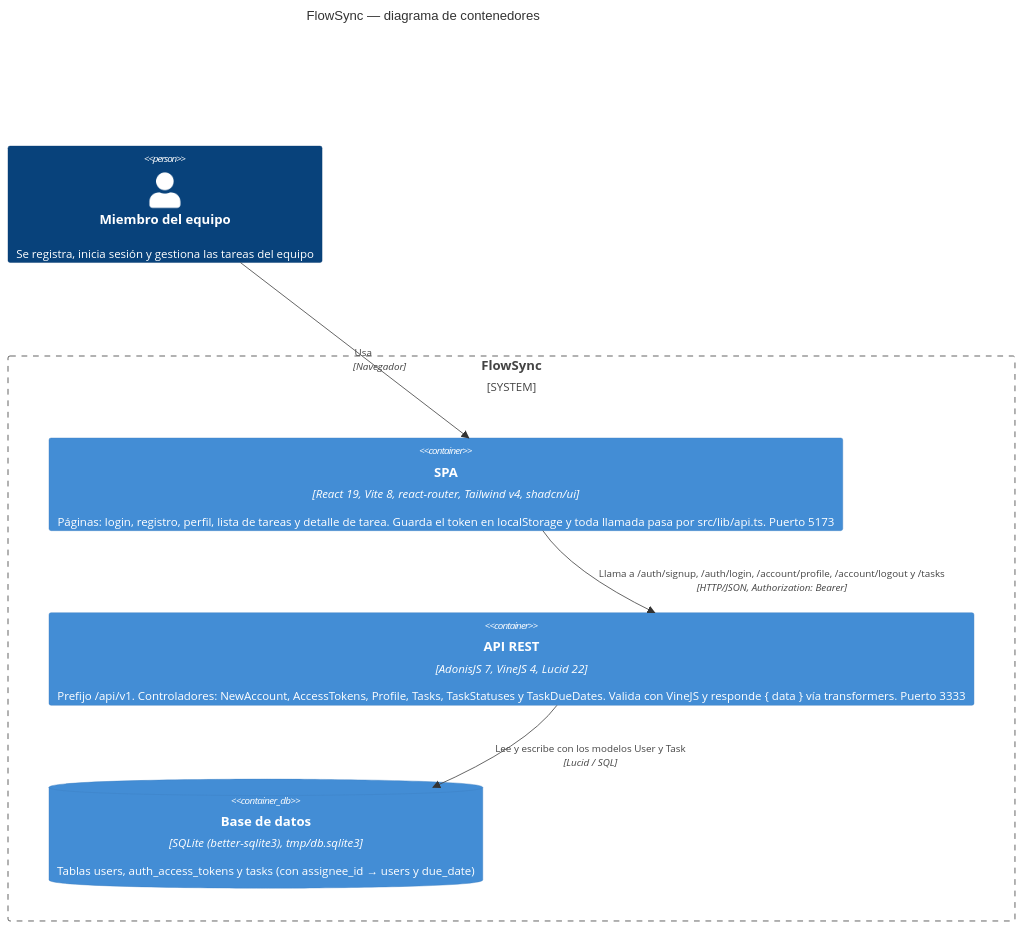
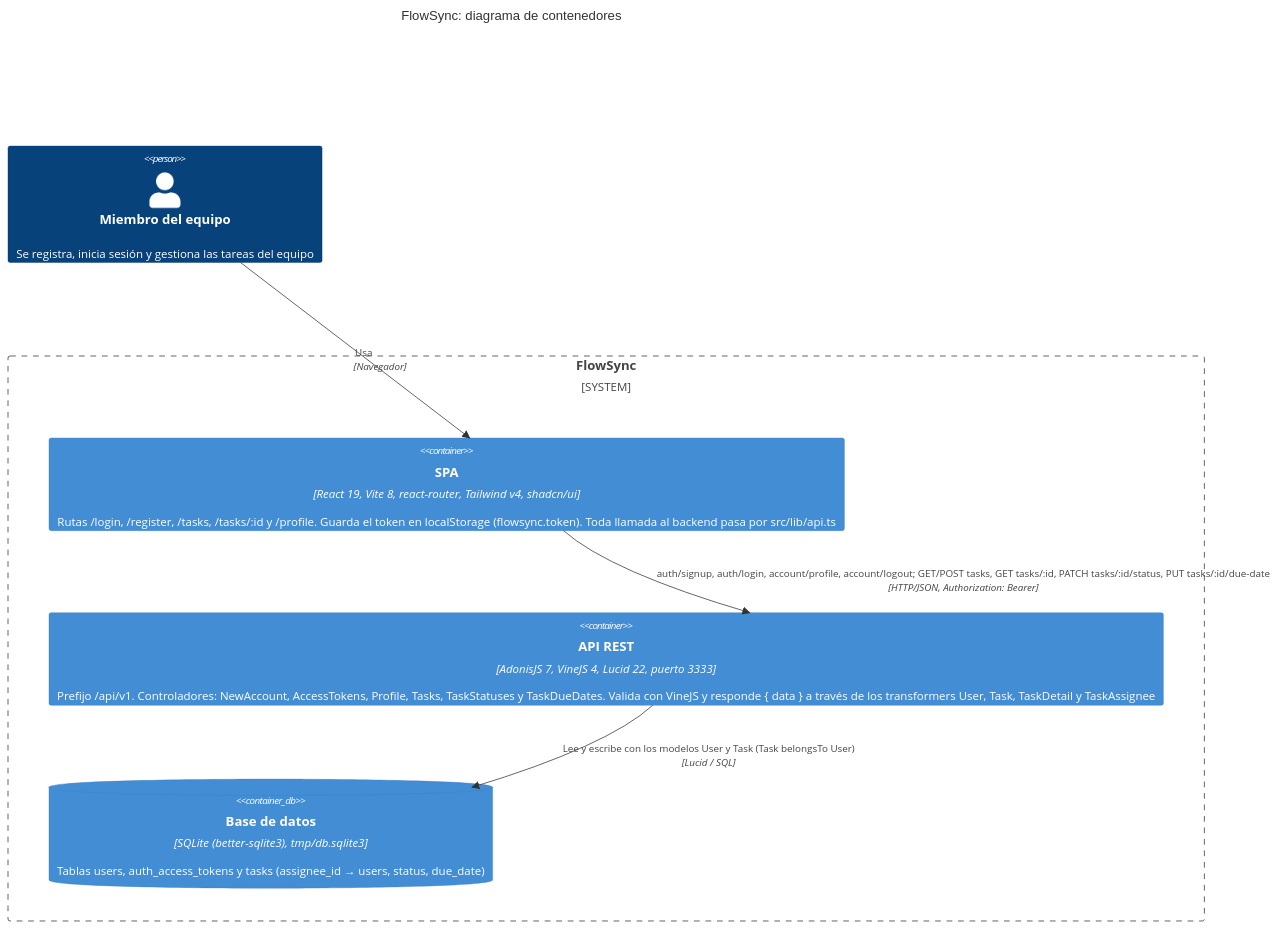
The diagram in docs/architecture.md (CarlosQuirozB/flowsync-ai4devs-202609-1T), drawn with Mermaid before and after one commit. The commit also changed other lines of this file, not shown here.

Commit message:
docs(architecture): ajustar el diagrama C4 a rutas, transformers y esquema reales

````diff
--- a/docs/architecture.md
+++ b/docs/architecture.md
@@ -5,16 +5,16 @@
 ```mermaid
 C4Container
-    title FlowSync — diagrama de contenedores
+    title FlowSync: diagrama de contenedores
 
     Person(user, "Miembro del equipo", "Se registra, inicia sesión y gestiona las tareas del equipo")
 
     System_Boundary(flowsync, "FlowSync") {
-        Container(spa, "SPA", "React 19, Vite 8, react-router, Tailwind v4, shadcn/ui", "Páginas: login, registro, perfil, lista de tareas y detalle de tarea. Guarda el token en localStorage y toda llamada pasa por src/lib/api.ts. Puerto 5173")
-        Container(api, "API REST", "AdonisJS 7, VineJS 4, Lucid 22", "Prefijo /api/v1. Controladores: NewAccount, AccessTokens, Profile, Tasks, TaskStatuses y TaskDueDates. Valida con VineJS y responde { data } vía transformers. Puerto 3333")
-        ContainerDb(db, "Base de datos", "SQLite (better-sqlite3), tmp/db.sqlite3", "Tablas users, auth_access_tokens y tasks (con assignee_id → users y due_date)")
+        Container(spa, "SPA", "React 19, Vite 8, react-router, Tailwind v4, shadcn/ui", "Rutas /login, /register, /tasks, /tasks/:id y /profile. Guarda el token en localStorage (flowsync.token). Toda llamada al backend pasa por src/lib/api.ts")
+        Container(api, "API REST", "AdonisJS 7, VineJS 4, Lucid 22, puerto 3333", "Prefijo /api/v1. Controladores: NewAccount, AccessTokens, Profile, Tasks, TaskStatuses y TaskDueDates. Valida con VineJS y responde { data } a través de los transformers User, Task, TaskDetail y TaskAssignee")
+        ContainerDb(db, "Base de datos", "SQLite (better-sqlite3), tmp/db.sqlite3", "Tablas users, auth_access_tokens y tasks (assignee_id → users, status, due_date)")
     }
 
     Rel(user, spa, "Usa", "Navegador")
-    Rel(spa, api, "Llama a /auth/signup, /auth/login, /account/profile, /account/logout y /tasks", "HTTP/JSON, Authorization: Bearer")
-    Rel(api, db, "Lee y escribe con los modelos User y Task", "Lucid / SQL")
+    Rel(spa, api, "auth/signup, auth/login, account/profile, account/logout; GET/POST tasks, GET tasks/:id, PATCH tasks/:id/status, PUT tasks/:id/due-date", "HTTP/JSON, Authorization: Bearer")
+    Rel(api, db, "Lee y escribe con los modelos User y Task (Task belongsTo User)", "Lucid / SQL")
 ```
````
